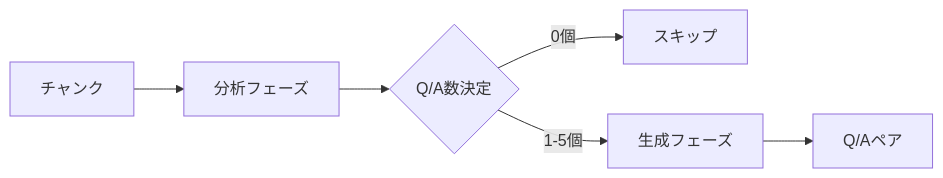
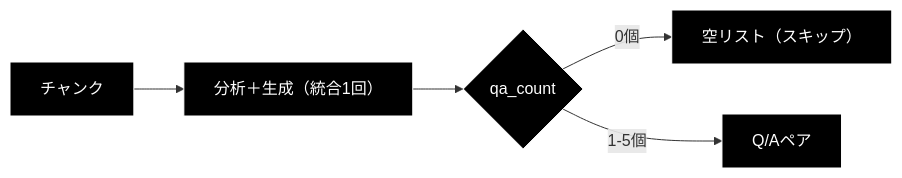
One commit to nakashima2toshio/ollama_grace_agent_v2 changed the first of 6 diagrams in qa_generation/doc/smart_qa_generator.md. Above: the diagram before and after it, drawn with Mermaid. The commit also changed other lines of this file and 7 other files, not shown here.

````diff
--- a/qa_generation/doc/smart_qa_generator.md
+++ b/qa_generation/doc/smart_qa_generator.md
@@ -64,8 +66,10 @@
 ```mermaid
 graph LR
-    A[チャンク] --> B[分析フェーズ]
-    B --> C{Q/A数決定}
-    C -->|0個| D[スキップ]
-    C -->|1-5個| E[生成フェーズ]
-    E --> F[Q/Aペア]
+    A["チャンク"] --> B["分析＋生成（統合1回）"]
+    B --> C{"qa_count"}
+    C -->|"0個"| D["空リスト（スキップ）"]
+    C -->|"1-5個"| F["Q/Aペア"]
+classDef default fill:#000,stroke:#fff,color:#fff
+classDef subgraphStyle fill:#1a1a1a,stroke:#fff,color:#fff
+class A,B,C,D,F default
 ```
````
